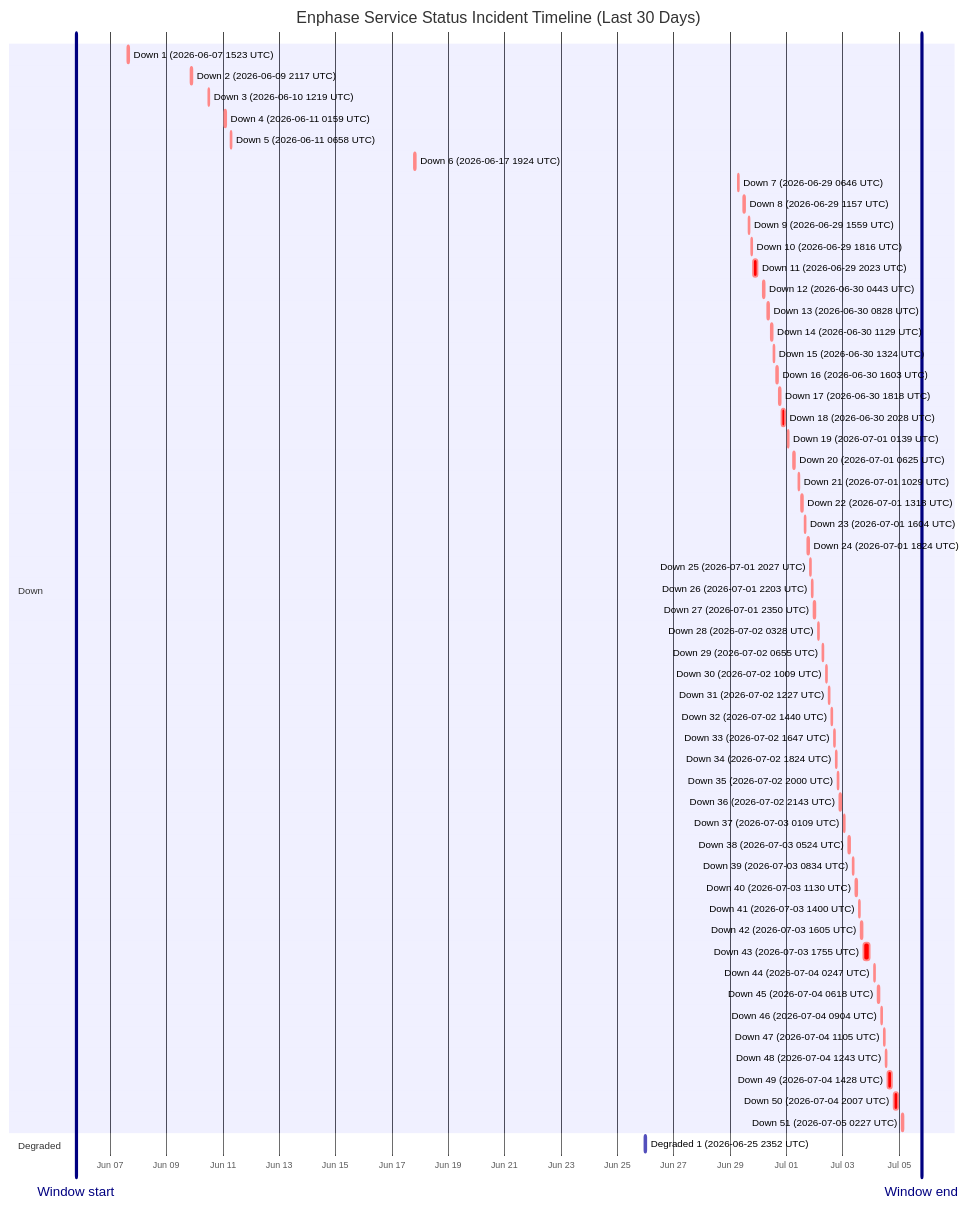
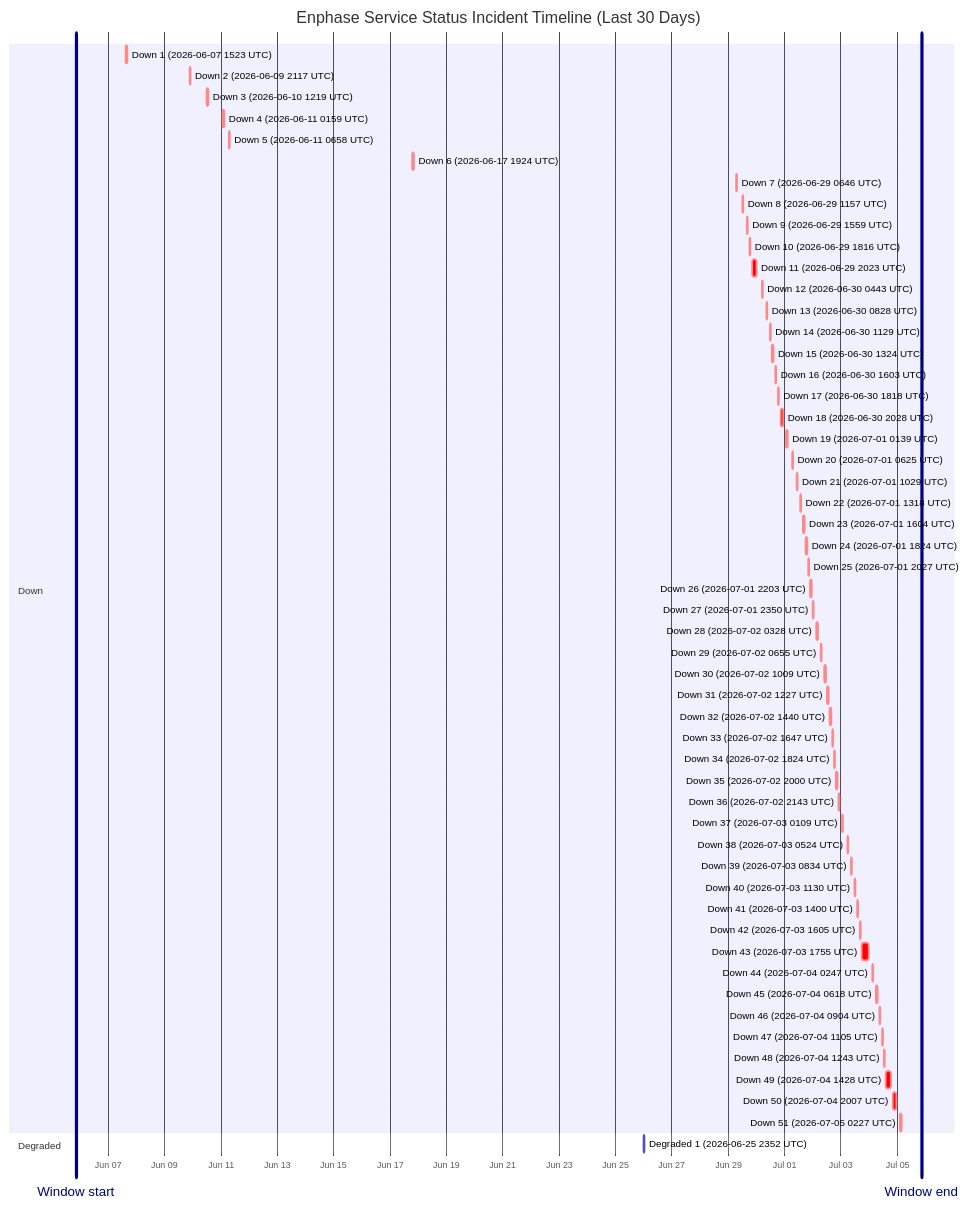
Before and after one commit to barneyonline/ha-enphase-energy: the diagram in wiki/Service-Status-History.md, drawn with Mermaid. The commit also changed other lines of this file and 3 other files, not shown here.

````diff
--- a/wiki/Service-Status-History.md
+++ b/wiki/Service-Status-History.md
@@ -14,62 +14,62 @@
 ```mermaid
 gantt
     title Enphase Service Status Incident Timeline (Last 30 Days)
     dateFormat  YYYY-MM-DDTHH:mm:ss
     axisFormat  %b %d
-    Window start :vert, window-start, 2026-06-05T19:15:35, 0ms
-    Window end :vert, window-end, 2026-07-05T19:15:35, 0ms
+    Window start :vert, window-start, 2026-06-05T20:35:25, 0ms
+    Window end :vert, window-end, 2026-07-05T20:35:25, 0ms
     section Down
     Down 1 (2026-06-07 1523 UTC) :crit, down-1, 2026-06-07T15:23:22, 87m
     Down 2 (2026-06-09 2117 UTC) :crit, down-2, 2026-06-09T21:17:17, 60m
     Down 3 (2026-06-10 1219 UTC) :crit, down-3, 2026-06-10T12:19:21, 60m
     Down 4 (2026-06-11 0159 UTC) :crit, down-4, 2026-06-11T01:59:36, 60m
     Down 5 (2026-06-11 0658 UTC) :crit, down-5, 2026-06-11T06:58:45, 60m
     Down 6 (2026-06-17 1924 UTC) :crit, down-6, 2026-06-17T19:24:51, 60m
     Down 7 (2026-06-29 0646 UTC) :crit, down-7, 2026-06-29T06:46:18, 60m
     Down 8 (2026-06-29 1157 UTC) :crit, down-8, 2026-06-29T11:57:36, 60m
     Down 9 (2026-06-29 1559 UTC) :crit, down-9, 2026-06-29T15:59:02, 60m
     Down 10 (2026-06-29 1816 UTC) :crit, down-10, 2026-06-29T18:16:38, 60m
     Down 11 (2026-06-29 2023 UTC) :crit, down-11, 2026-06-29T20:23:16, 220m
     Down 12 (2026-06-30 0443 UTC) :crit, down-12, 2026-06-30T04:43:54, 60m
     Down 13 (2026-06-30 0828 UTC) :crit, down-13, 2026-06-30T08:28:43, 60m
     Down 14 (2026-06-30 1129 UTC) :crit, down-14, 2026-06-30T11:29:15, 60m
     Down 15 (2026-06-30 1324 UTC) :crit, down-15, 2026-06-30T13:24:25, 60m
     Down 16 (2026-06-30 1603 UTC) :crit, down-16, 2026-06-30T16:03:26, 60m
     Down 17 (2026-06-30 1818 UTC) :crit, down-17, 2026-06-30T18:18:39, 60m
     Down 18 (2026-06-30 2028 UTC) :crit, down-18, 2026-06-30T20:28:54, 171m
     Down 19 (2026-07-01 0139 UTC) :crit, down-19, 2026-07-01T01:39:18, 60m
     Down 20 (2026-07-01 0625 UTC) :crit, down-20, 2026-07-01T06:25:35, 60m
     Down 21 (2026-07-01 1029 UTC) :crit, down-21, 2026-07-01T10:29:24, 60m
     Down 22 (2026-07-01 1318 UTC) :crit, down-22, 2026-07-01T13:18:31, 60m
     Down 23 (2026-07-01 1604 UTC) :crit, down-23, 2026-07-01T16:04:29, 60m
     Down 24 (2026-07-01 1824 UTC) :crit, down-24, 2026-07-01T18:24:21, 60m
     Down 25 (2026-07-01 2027 UTC) :crit, down-25, 2026-07-01T20:27:17, 60m
     Down 26 (2026-07-01 2203 UTC) :crit, down-26, 2026-07-01T22:03:46, 60m
     Down 27 (2026-07-01 2350 UTC) :crit, down-27, 2026-07-01T23:50:52, 60m
     Down 28 (2026-07-02 0328 UTC) :crit, down-28, 2026-07-02T03:28:33, 60m
     Down 29 (2026-07-02 0655 UTC) :crit, down-29, 2026-07-02T06:55:07, 60m
     Down 30 (2026-07-02 1009 UTC) :crit, down-30, 2026-07-02T10:09:15, 60m
     Down 31 (2026-07-02 1227 UTC) :crit, down-31, 2026-07-02T12:27:49, 60m
     Down 32 (2026-07-02 1440 UTC) :crit, down-32, 2026-07-02T14:40:53, 60m
     Down 33 (2026-07-02 1647 UTC) :crit, down-33, 2026-07-02T16:47:47, 60m
     Down 34 (2026-07-02 1824 UTC) :crit, down-34, 2026-07-02T18:24:26, 60m
     Down 35 (2026-07-02 2000 UTC) :crit, down-35, 2026-07-02T20:00:57, 60m
     Down 36 (2026-07-02 2143 UTC) :crit, down-36, 2026-07-02T21:43:52, 80m
     Down 37 (2026-07-03 0109 UTC) :crit, down-37, 2026-07-03T01:09:19, 60m
     Down 38 (2026-07-03 0524 UTC) :crit, down-38, 2026-07-03T05:24:23, 60m
     Down 39 (2026-07-03 0834 UTC) :crit, down-39, 2026-07-03T08:34:05, 60m
     Down 40 (2026-07-03 1130 UTC) :crit, down-40, 2026-07-03T11:30:41, 60m
     Down 41 (2026-07-03 1400 UTC) :crit, down-41, 2026-07-03T14:00:48, 60m
     Down 42 (2026-07-03 1605 UTC) :crit, down-42, 2026-07-03T16:05:49, 60m
     Down 43 (2026-07-03 1755 UTC) :crit, down-43, 2026-07-03T17:55:54, 338m
     Down 44 (2026-07-04 0247 UTC) :crit, down-44, 2026-07-04T02:47:22, 60m
     Down 45 (2026-07-04 0618 UTC) :crit, down-45, 2026-07-04T06:18:09, 60m
     Down 46 (2026-07-04 0904 UTC) :crit, down-46, 2026-07-04T09:04:41, 60m
     Down 47 (2026-07-04 1105 UTC) :crit, down-47, 2026-07-04T11:05:21, 60m
     Down 48 (2026-07-04 1243 UTC) :crit, down-48, 2026-07-04T12:43:25, 60m
     Down 49 (2026-07-04 1428 UTC) :crit, down-49, 2026-07-04T14:28:07, 243m
     Down 50 (2026-07-04 2007 UTC) :crit, down-50, 2026-07-04T20:07:50, 206m
     Down 51 (2026-07-05 0227 UTC) :crit, down-51, 2026-07-05T02:27:32, 109m
     section Degraded
     Degraded 1 (2026-06-25 2352 UTC) :active, degraded-1, 2026-06-25T23:52:01, 60m
 ```
````
